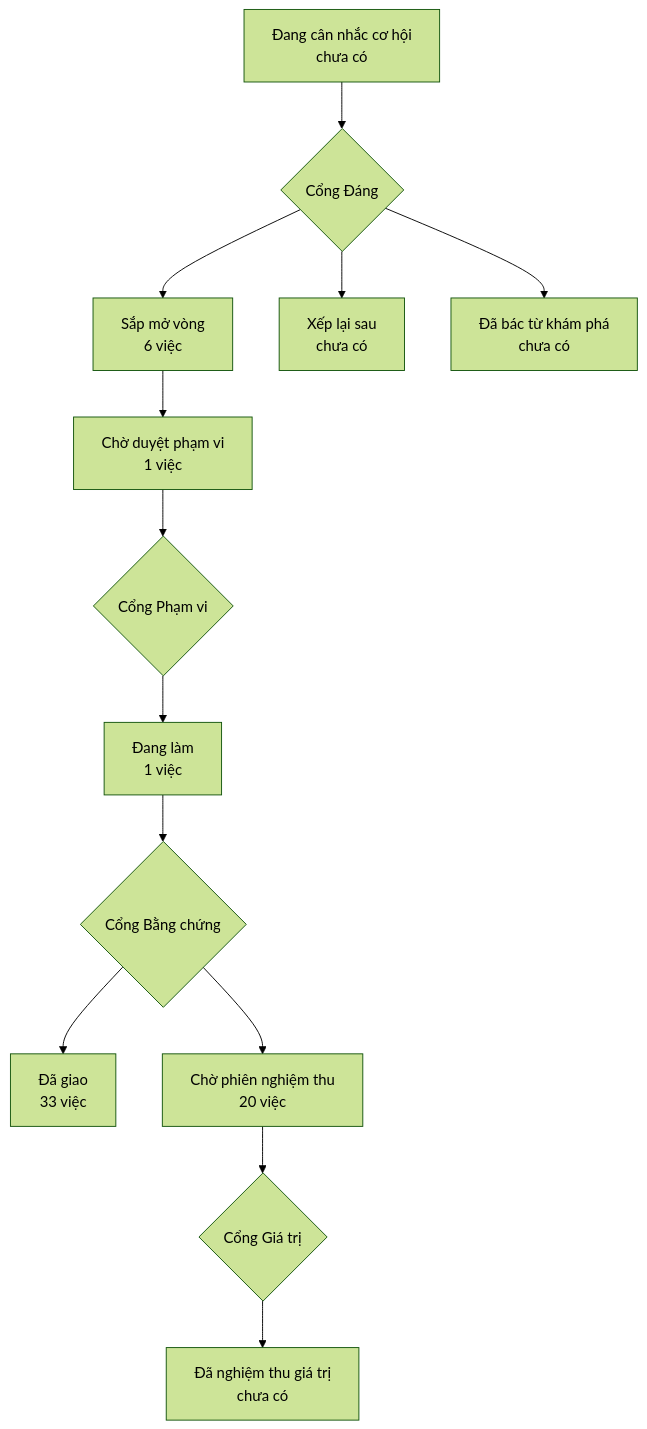
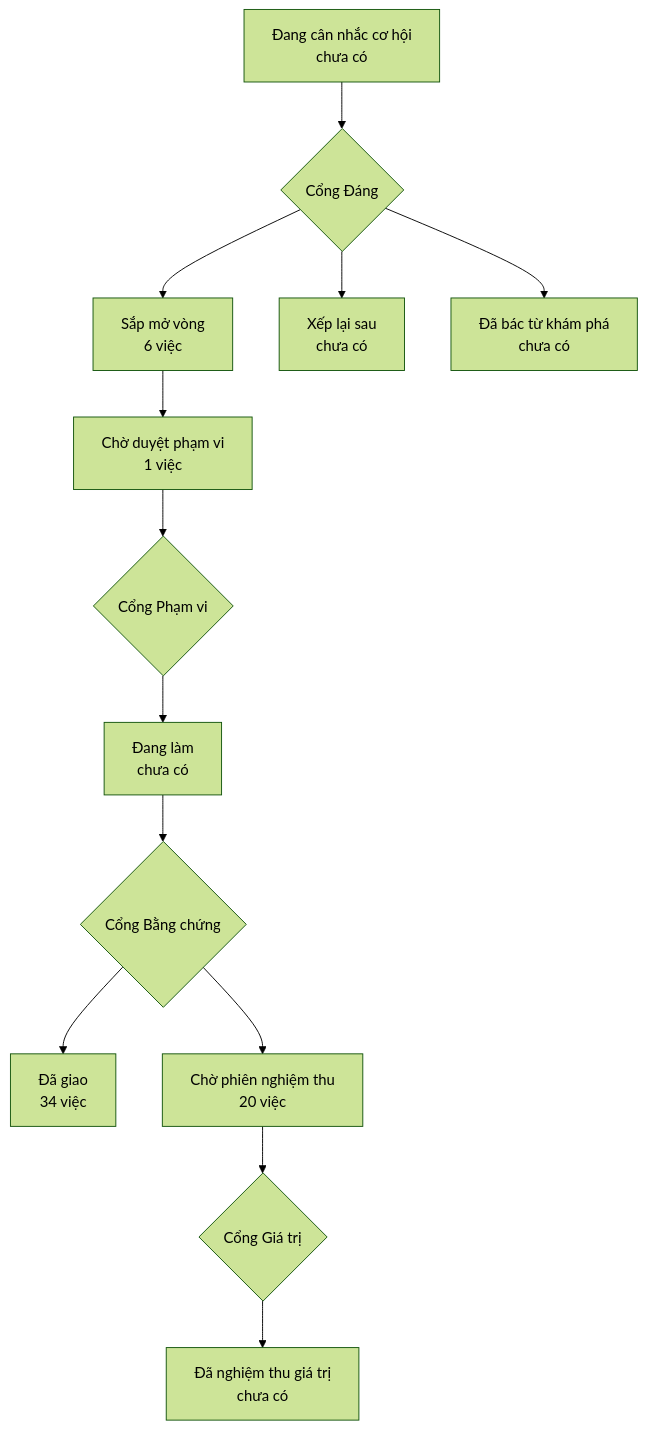
The diagram in PRODUCT-MAP.md (phanlemanh/onehub-invest), drawn with Mermaid (forest theme) before and after one commit. The commit also changed other lines of this file and 4 other files, not shown here.

````diff
--- a/PRODUCT-MAP.md
+++ b/PRODUCT-MAP.md
@@ -7,12 +7,12 @@
 ```mermaid
 flowchart TD
   A["Đang cân nhắc cơ hội<br/>chưa có"] --> GD{"Cổng Đáng"}
   GD --> B["Sắp mở vòng<br/>6 việc"]
   GD --> XL["Xếp lại sau<br/>chưa có"]
   GD --> DB["Đã bác từ khám phá<br/>chưa có"]
   B --> CD["Chờ duyệt phạm vi<br/>1 việc"] --> GP{"Cổng Phạm vi"}
-  GP --> DL["Đang làm<br/>1 việc"] --> GB{"Cổng Bằng chứng"}
-  GB --> DG["Đã giao<br/>33 việc"]
+  GP --> DL["Đang làm<br/>chưa có"] --> GB{"Cổng Bằng chứng"}
+  GB --> DG["Đã giao<br/>34 việc"]
   GB --> CN["Chờ phiên nghiệm thu<br/>20 việc"] --> GG{"Cổng Giá trị"}
   GG --> NT["Đã nghiệm thu giá trị<br/>chưa có"]
 ```
````
